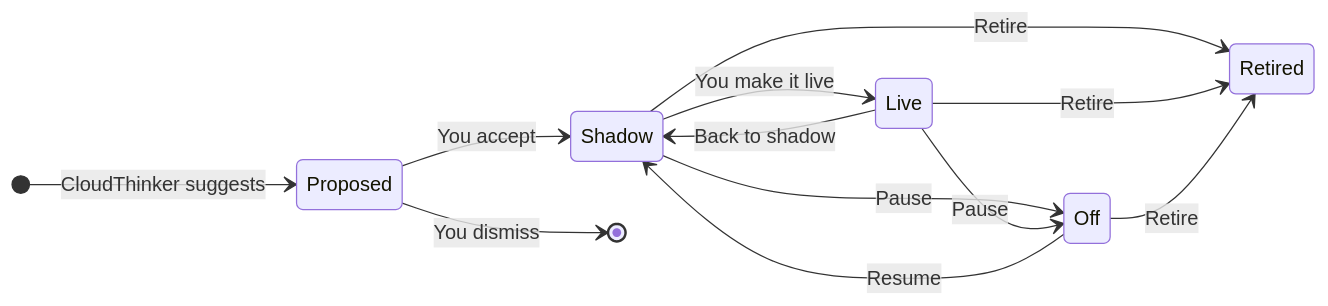
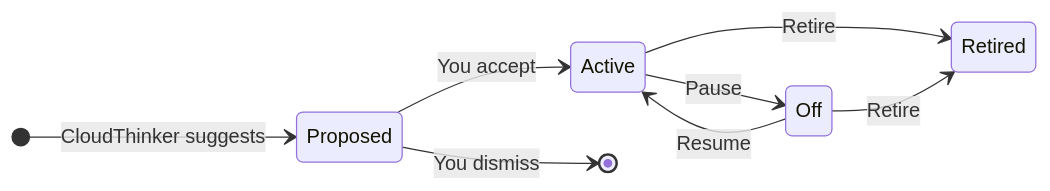
The third of 3 diagrams in guide/incident/detectors.mdx (nhat-tranvan/docs), drawn with Mermaid before and after one commit. The commit also changed other lines of this file and 2 other files, not shown here.

Commit message:
docs(resolve): drop Shadow and Live from Detectors; accepted Detectors go straight to triage

````diff
--- a/guide/incident/detectors.mdx
+++ b/guide/incident/detectors.mdx
@@ -98,15 +93,11 @@
 ```mermaid
 stateDiagram-v2
     direction LR
     [*] --> Proposed: CloudThinker suggests
-    Proposed --> Shadow: You accept
+    Proposed --> Active: You accept
     Proposed --> [*]: You dismiss
-    Shadow --> Live: You make it live
-    Live --> Shadow: Back to shadow
-    Shadow --> Off: Pause
-    Live --> Off: Pause
-    Off --> Shadow: Resume
-    Shadow --> Retired: Retire
-    Live --> Retired: Retire
+    Active --> Off: Pause
+    Off --> Active: Resume
+    Active --> Retired: Retire
     Off --> Retired: Retire
 ```
````
